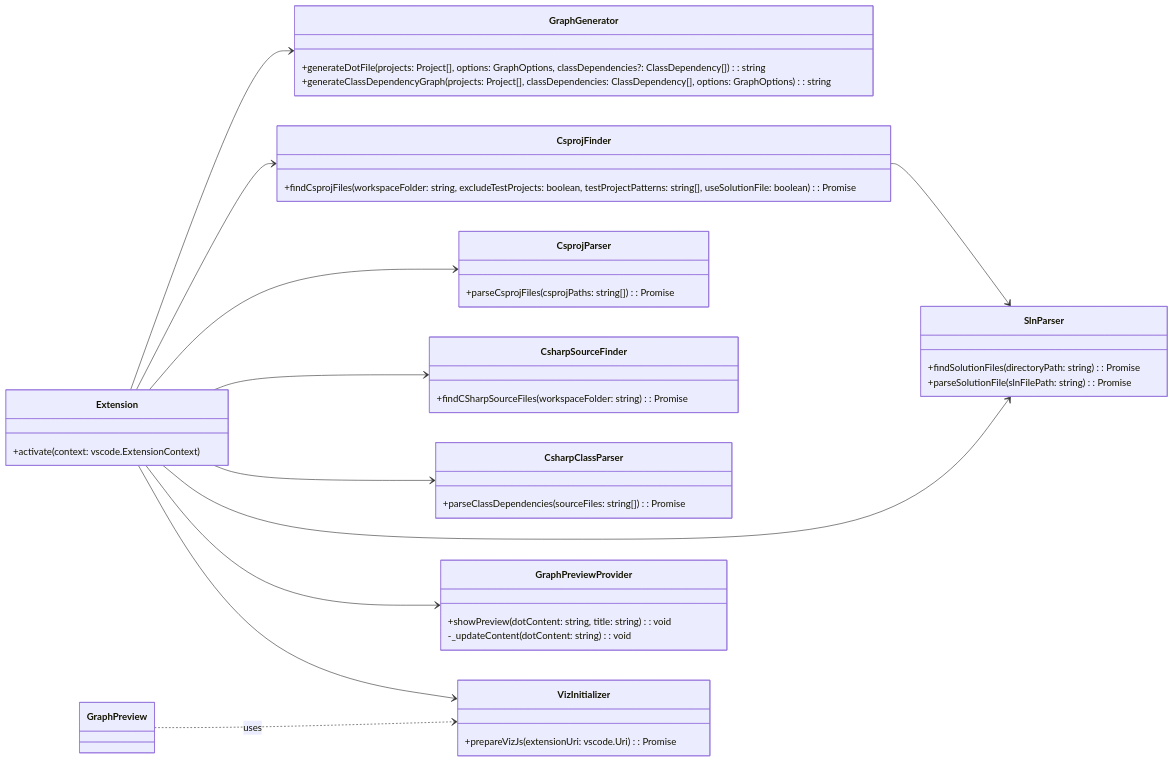
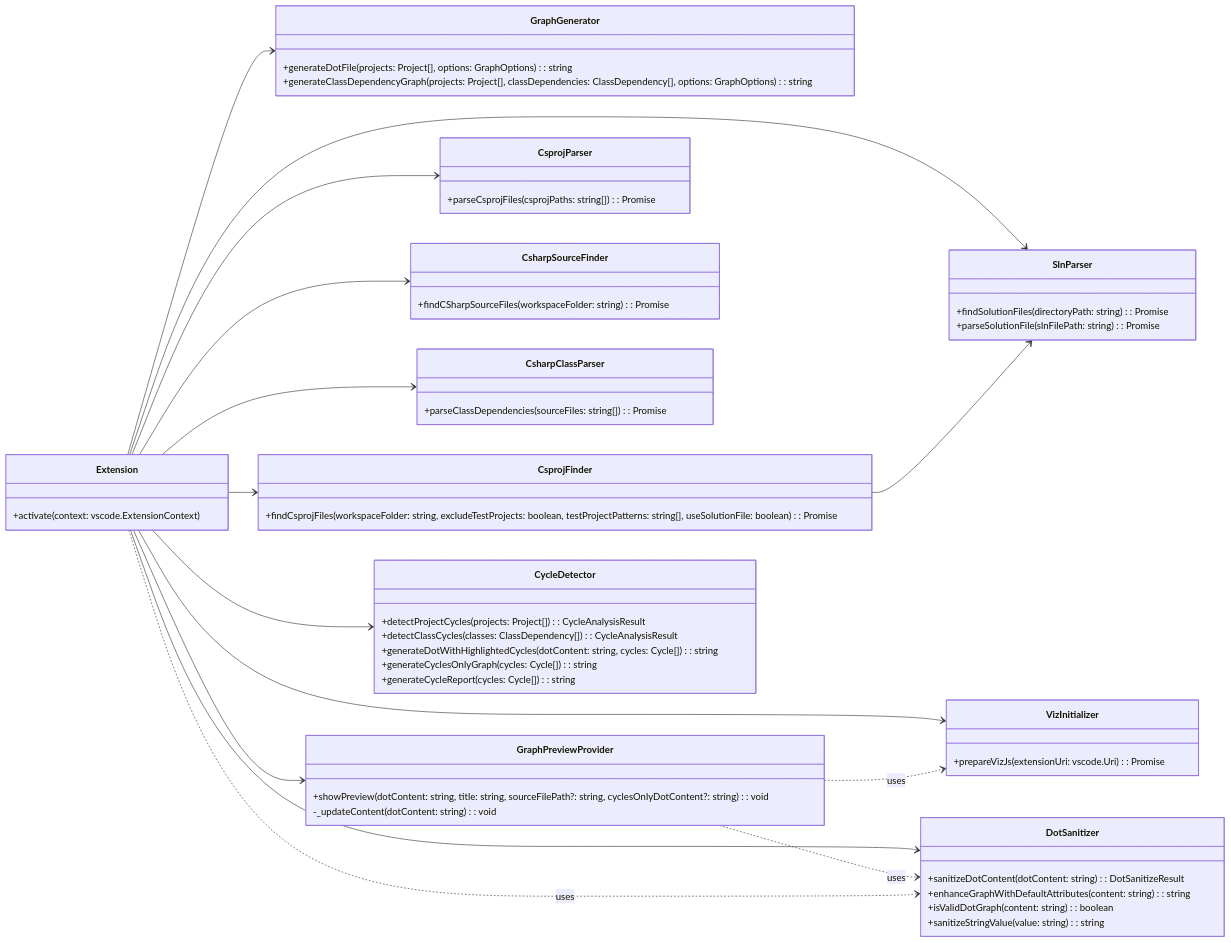
The diagram in README.md (magic5644/vscode-csharp-dependency-graph), drawn with Mermaid before and after one commit. The commit also changed other lines of this file and 8 other files, not shown here.

First line of the commit message:
Add cycle analysis and reporting features to dependency graph (#19)

````diff
--- a/README.md
+++ b/README.md
@@ -148,54 +150,73 @@
 ```mermaid
 classDiagram
   direction LR
 
   class Extension {
       +activate(context: vscode.ExtensionContext)
   }
 
   class GraphGenerator {
-      +generateDotFile(projects: Project[], options: GraphOptions, classDependencies?: ClassDependency[]): string
+      +generateDotFile(projects: Project[], options: GraphOptions): string
       +generateClassDependencyGraph(projects: Project[], classDependencies: ClassDependency[], options: GraphOptions): string
   }
 
   class CsprojFinder {
       +findCsprojFiles(workspaceFolder: string, excludeTestProjects: boolean, testProjectPatterns: string[], useSolutionFile: boolean): Promise<string[]>
   }
 
   class CsprojParser {
       +parseCsprojFiles(csprojPaths: string[]): Promise<Project[]>
   }
 
   class SlnParser {
       +findSolutionFiles(directoryPath: string): Promise<string[]>
       +parseSolutionFile(slnFilePath: string): Promise<string[]>
   }
 
   class CsharpSourceFinder {
       +findCSharpSourceFiles(workspaceFolder: string): Promise<string[]>
   }
 
   class CsharpClassParser {
       +parseClassDependencies(sourceFiles: string[]): Promise<ClassDependency[]>
   }
   
   class GraphPreviewProvider {
-      +showPreview(dotContent: string, title: string): void
+      +showPreview(dotContent: string, title: string, sourceFilePath?: string, cyclesOnlyDotContent?: string): void
       -_updateContent(dotContent: string): void
   }
   
   class VizInitializer {
       +prepareVizJs(extensionUri: vscode.Uri): Promise<boolean>
   }
 
+  class CycleDetector {
+      +detectProjectCycles(projects: Project[]): CycleAnalysisResult
+      +detectClassCycles(classes: ClassDependency[]): CycleAnalysisResult
+      +generateDotWithHighlightedCycles(dotContent: string, cycles: Cycle[]): string
+      +generateCyclesOnlyGraph(cycles: Cycle[]): string
+      +generateCycleReport(cycles: Cycle[]): string
+  }
+
+  class DotSanitizer {
+      +sanitizeDotContent(dotContent: string): DotSanitizeResult
+      +enhanceGraphWithDefaultAttributes(content: string): string
+      +isValidDotGraph(content: string): boolean
+      +sanitizeStringValue(value: string): string
+  }
+
   Extension --> GraphGenerator
   Extension --> CsprojFinder
   Extension --> CsprojParser
+  Extension --> CycleDetector
   Extension --> CsharpSourceFinder
   Extension --> CsharpClassParser
   Extension --> SlnParser
   Extension --> GraphPreviewProvider
   Extension --> VizInitializer
+  Extension --> DotSanitizer
   CsprojFinder --> SlnParser
-  GraphPreview ..> VizInitializer: uses
+  GraphPreviewProvider ..> VizInitializer: uses
+  GraphPreviewProvider ..> DotSanitizer: uses
+  Extension ..> DotSanitizer: uses
 ```
````
